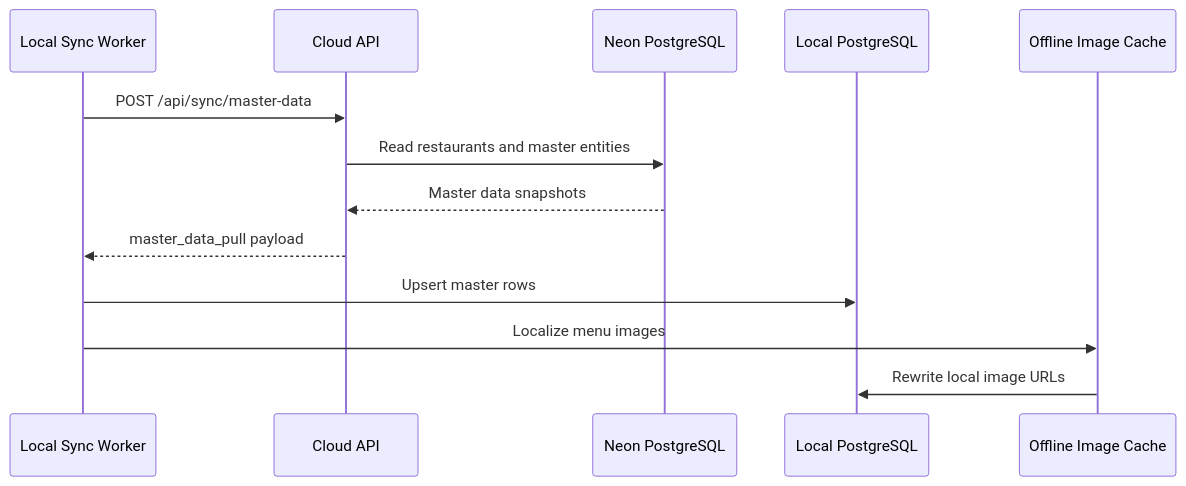
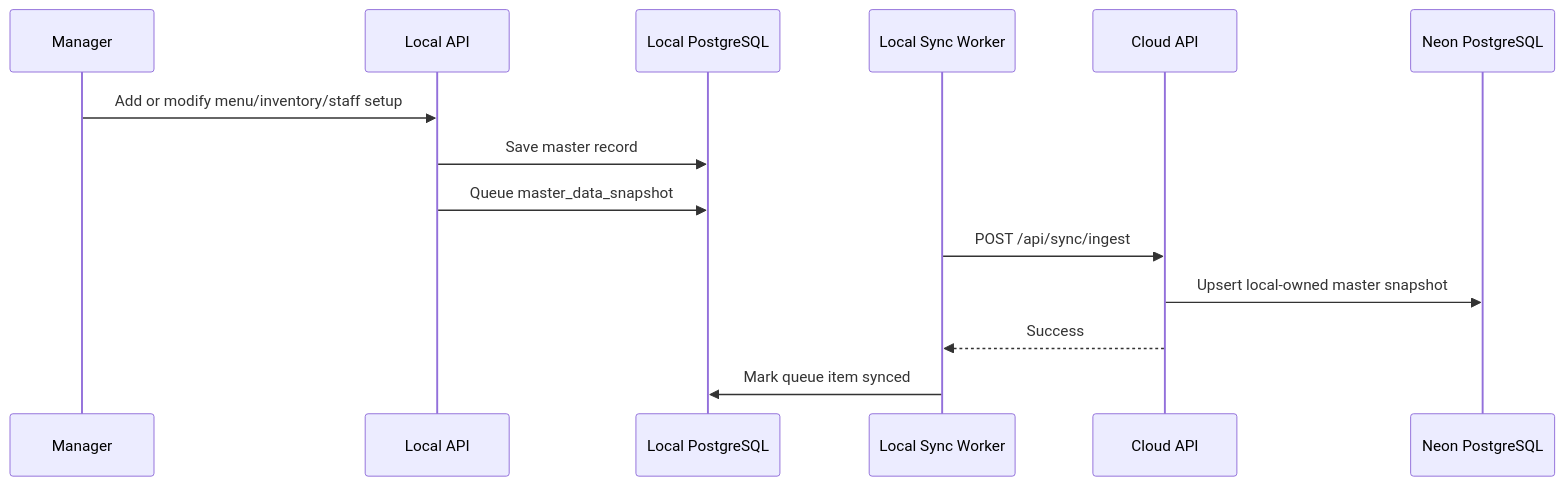
One commit to muhammadazhar/RestaurantOS changed the fifth of 8 diagrams in docs/SEQUENCE_DIAGRAMS.md. Above: the diagram before and after it, drawn with Mermaid. The commit also changed other lines of this file and 26 other files, not shown here.

Commit message:
Make local database primary for cloud sync

````diff
--- a/docs/SEQUENCE_DIAGRAMS.md
+++ b/docs/SEQUENCE_DIAGRAMS.md
@@ -87,16 +87,17 @@
 ```mermaid
 sequenceDiagram
+  participant Manager
+  participant LocalAPI as Local API
+  participant LocalDB as Local PostgreSQL
   participant Worker as Local Sync Worker
   participant CloudAPI as Cloud API
   participant Neon as Neon PostgreSQL
-  participant LocalDB as Local PostgreSQL
-  participant Cache as Offline Image Cache
 
-  Worker->>CloudAPI: POST /api/sync/master-data
-  CloudAPI->>Neon: Read restaurants and master entities
-  Neon-->>CloudAPI: Master data snapshots
-  CloudAPI-->>Worker: master_data_pull payload
-  Worker->>LocalDB: Upsert master rows
-  Worker->>Cache: Localize menu images
-  Cache->>LocalDB: Rewrite local image URLs
+  Manager->>LocalAPI: Add or modify menu/inventory/staff setup
+  LocalAPI->>LocalDB: Save master record
+  LocalAPI->>LocalDB: Queue master_data_snapshot
+  Worker->>CloudAPI: POST /api/sync/ingest
+  CloudAPI->>Neon: Upsert local-owned master snapshot
+  CloudAPI-->>Worker: Success
+  Worker->>LocalDB: Mark queue item synced
 ```
````
